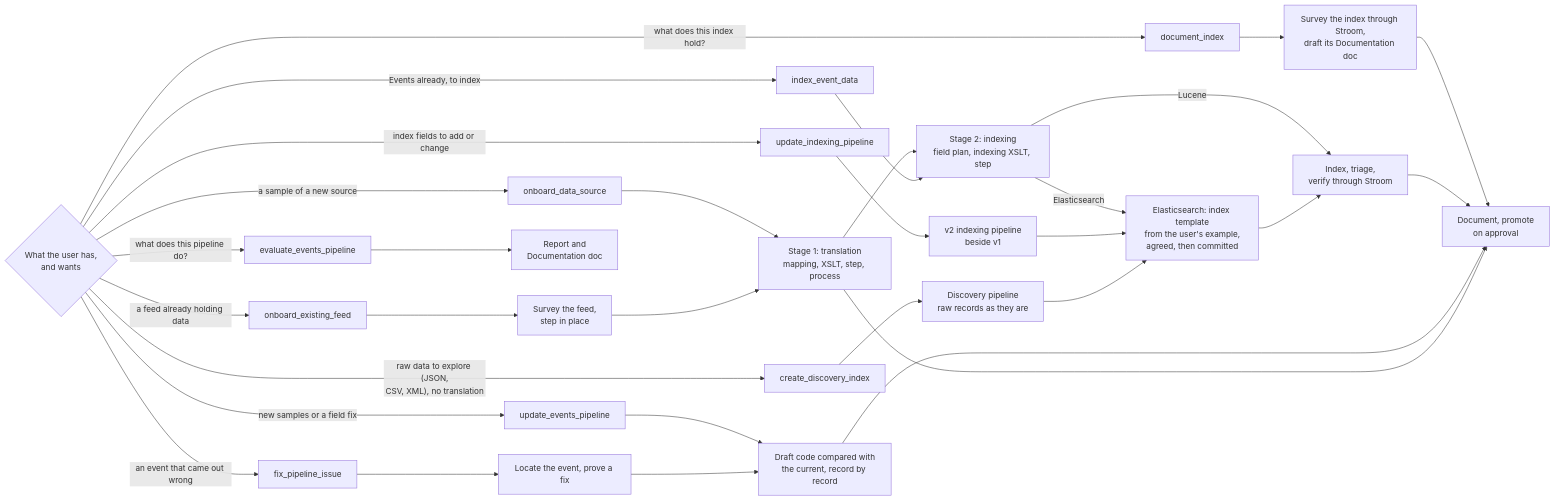
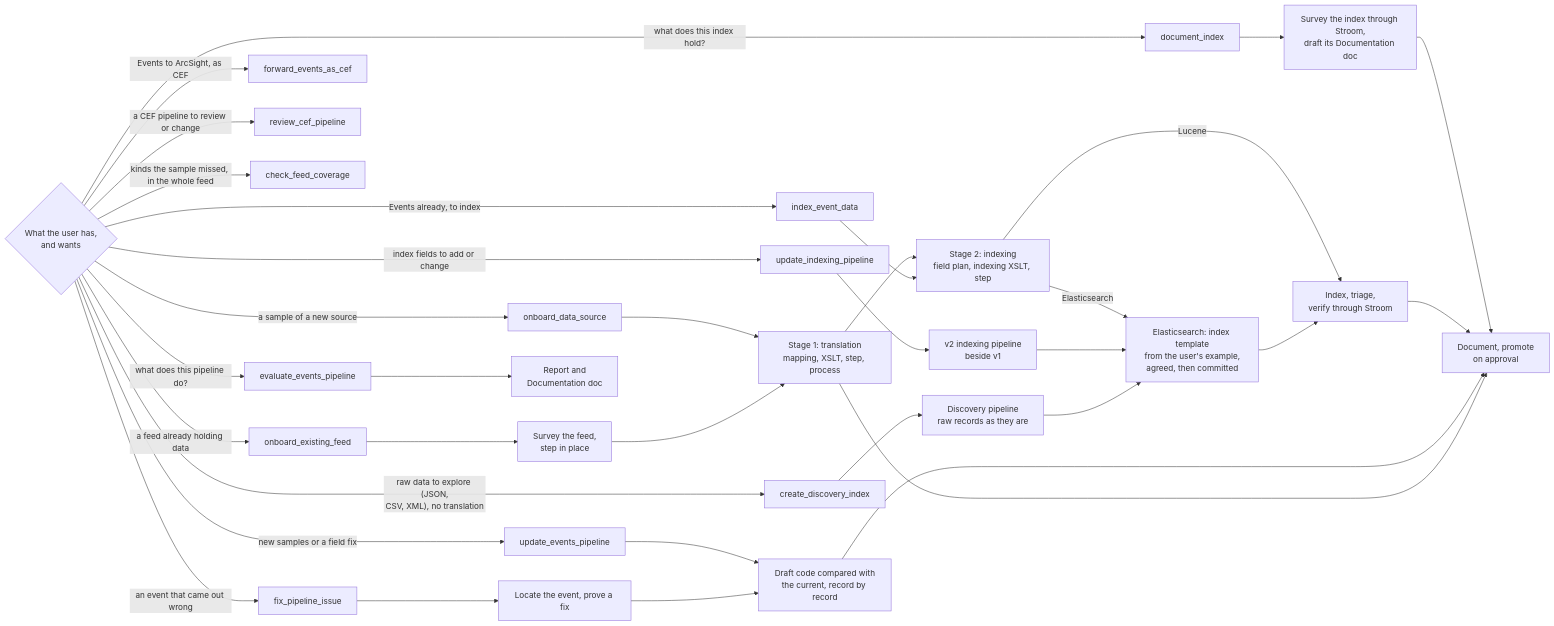
Before and after one commit to gradata-systems/stroom-fastmcp-server: the first of 12 diagrams in docs/DESIGN.md, drawn with Mermaid. The commit also changed other lines of this file and 38 other files, not shown here.

````diff
--- a/docs/DESIGN.md
+++ b/docs/DESIGN.md
@@ -32,29 +32,32 @@
 ```mermaid
 flowchart LR
     U{"What the user has,<br/>and wants"}
     U -- "a sample of a new source" --> ON["onboard_data_source"]
     U -- "a feed already holding data" --> EF["onboard_existing_feed"]
     U -- "Events already, to index" --> IX["index_event_data"]
     U -- "raw data to explore (JSON,<br/>CSV, XML), no translation" --> DI["create_discovery_index"]
     U -- "new samples or a field fix" --> UE["update_events_pipeline"]
     U -- "index fields to add or change" --> UI["update_indexing_pipeline"]
+    U -- "Events to ArcSight, as CEF" --> CF["forward_events_as_cef"]
+    U -- "a CEF pipeline to review or change" --> RC["review_cef_pipeline"]
+    U -- "kinds the sample missed, in the whole feed" --> FC["check_feed_coverage"]
     U -- "an event that came out wrong" --> FX["fix_pipeline_issue"]
     U -- "what does this pipeline do?" --> EV["evaluate_events_pipeline"]
     U -- "what does this index hold?" --> DX["document_index"]
     ON --> S1["Stage 1: translation<br/>mapping, XSLT, step, process"]
     EF --> SV["Survey the feed,<br/>step in place"] --> S1
     S1 --> S2["Stage 2: indexing<br/>field plan, indexing XSLT, step"]
     IX --> S2
     UI --> V2["v2 indexing pipeline<br/>beside v1"]
     DI --> DP["Discovery pipeline<br/>raw records as they are"]
     S2 -- "Elasticsearch" --> HT["Elasticsearch: index template<br/>from the user's example,<br/>agreed, then committed"]
     V2 & DP --> HT
     S2 -- "Lucene" --> VR
     HT --> VR["Index, triage,<br/>verify through Stroom"]
     UE --> CO["Draft code compared with<br/>the current, record by record"]
     FX --> LF["Locate the event, prove a fix"] --> CO
     EV --> RP["Report and<br/>Documentation doc"]
     DX --> SU["Survey the index through Stroom,<br/>draft its Documentation doc"]
     SU --> PR
     VR & CO & S1 --> PR["Document, promote<br/>on approval"]
 ```
````
